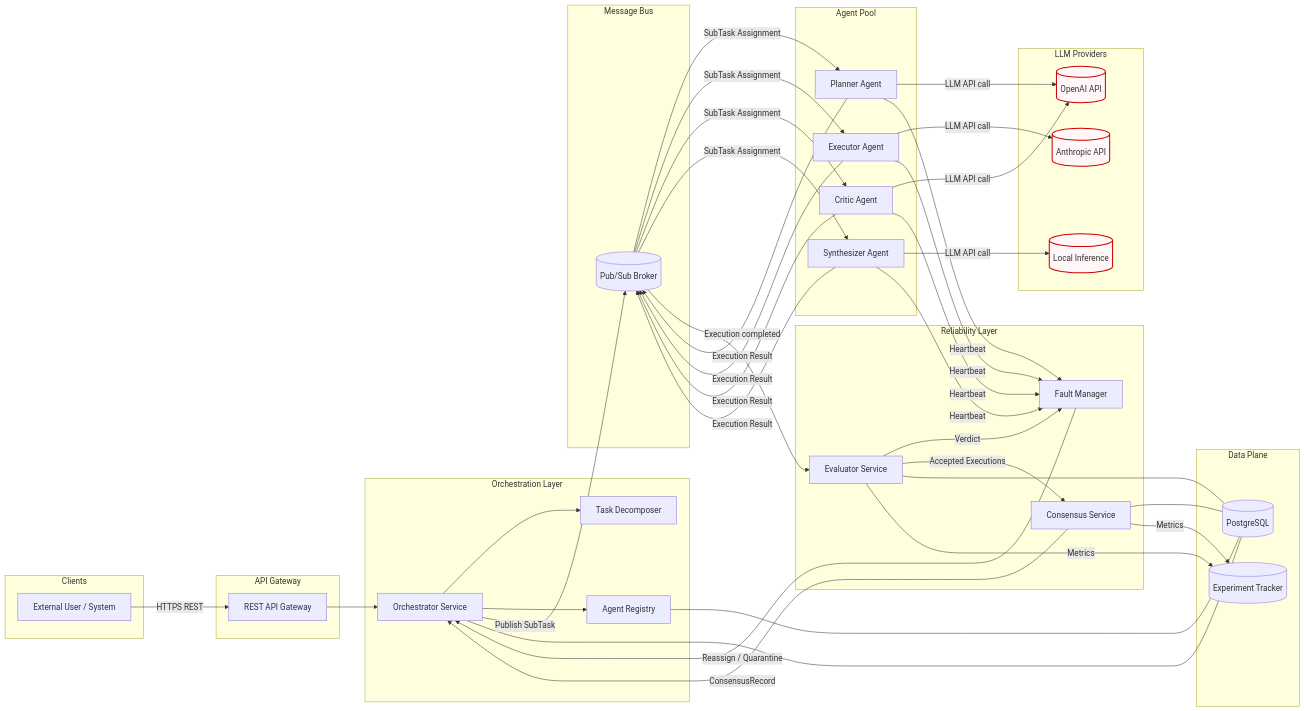
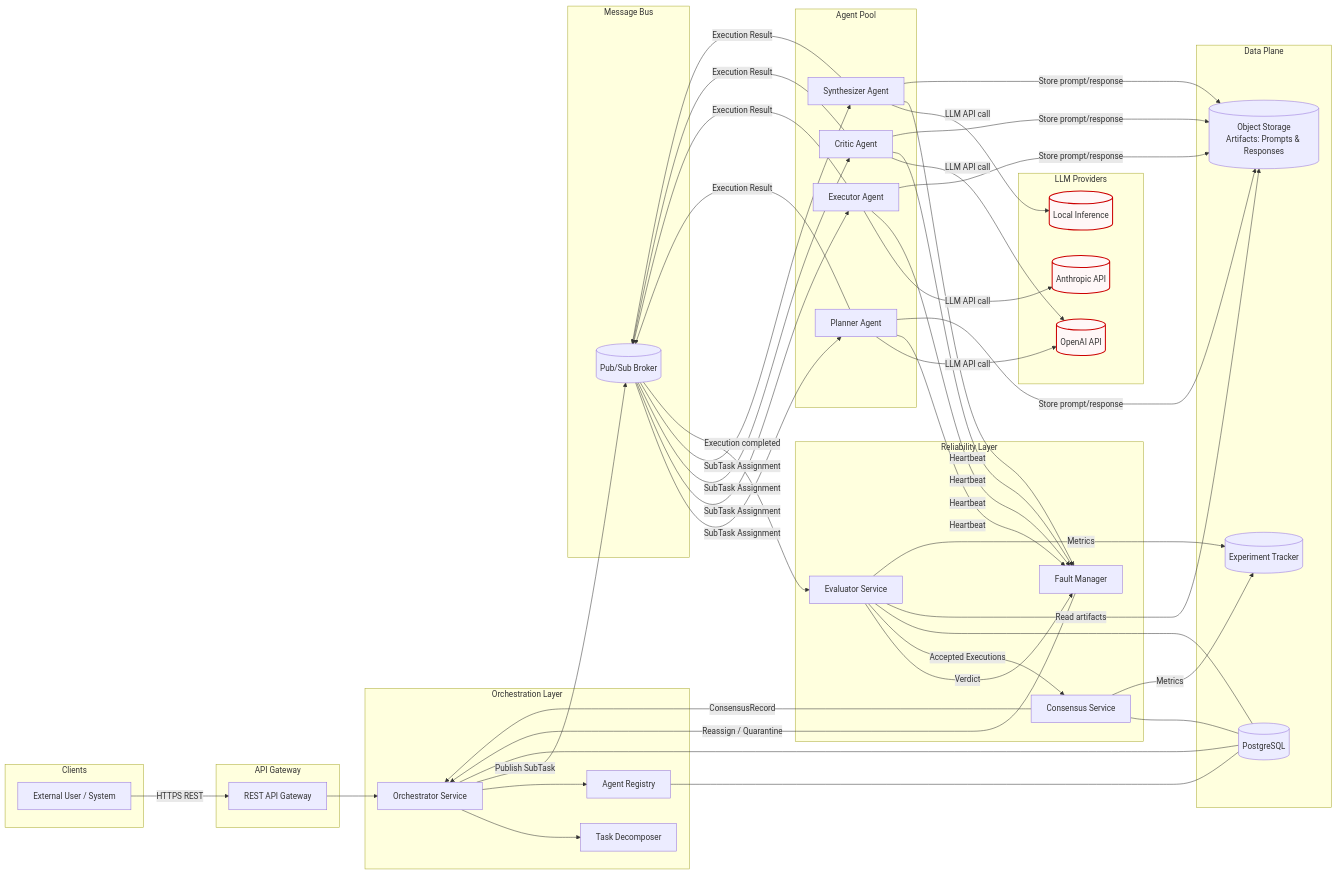
One commit to mick-nikolic/distributed-llm-agents changed the diagram in diagrams/system-architecture.mmd. Above: the diagram before and after it, drawn with Mermaid. The commit also changed 1 other file, not shown here.

Commit message:
Add object storage for artifacts - in system architecture

```diff
--- a/diagrams/system-architecture.mmd
+++ b/diagrams/system-architecture.mmd
@@ -1,109 +1,117 @@
 flowchart LR
 
     %% --- External Clients ---
     subgraph Clients
         U[External User / System]
     end
 
     %% --- API Gateway ---
     subgraph Gateway [API Gateway]
         APIGW[REST API Gateway]
     end
 
     %% --- Orchestration Layer ---
     subgraph Orchestration [Orchestration Layer]
         ORCH[Orchestrator Service]
         DECOMP[Task Decomposer]
         REG[Agent Registry]
     end
 
     %% --- Agent Pool ---
     subgraph AgentPool [Agent Pool]
         PLAN[Planner Agent]
         EXEC[Executor Agent]
         CRIT[Critic Agent]
         SYNTH[Synthesizer Agent]
     end
 
     %% --- Messaging ---
     subgraph Messaging [Message Bus]
         BUS[(Pub/Sub Broker)]
     end
 
     %% --- Reliability Layer ---
     subgraph Reliability [Reliability Layer]
         EVAL[Evaluator Service]
         CONS[Consensus Service]
         FAULT[Fault Manager]
     end
 
     %% --- Data Plane ---
     subgraph DataPlane [Data Plane]
         DB[(PostgreSQL)]
         TRACK[(Experiment Tracker)]
+        OBJ[(Object Storage\nArtifacts: Prompts & Responses)]
     end
 
     %% --- External LLM Providers ---
     subgraph LLMProviders [LLM Providers]
         OAI[(OpenAI API)]
         ANT[(Anthropic API)]
         LOC[(Local Inference)]
     end
 
     %% --- Client to Gateway ---
     U -->|HTTPS REST| APIGW
 
     %% --- Gateway to Orchestrator ---
     APIGW --> ORCH
 
     %% --- Orchestrator internal ---
     ORCH --> DECOMP
     ORCH --> REG
 
     %% --- Orchestrator to Message Bus ---
     ORCH -->|Publish SubTask| BUS
 
     %% --- Agents subscribe from Message Bus ---
     BUS -->|SubTask Assignment| PLAN
     BUS -->|SubTask Assignment| EXEC
     BUS -->|SubTask Assignment| CRIT
     BUS -->|SubTask Assignment| SYNTH
 
     %% --- Agents publish results ---
     PLAN -->|Execution Result| BUS
     EXEC -->|Execution Result| BUS
     CRIT -->|Execution Result| BUS
     SYNTH -->|Execution Result| BUS
 
     %% --- Agents to LLM Providers ---
     PLAN -->|LLM API call| OAI
     EXEC -->|LLM API call| ANT
     CRIT -->|LLM API call| OAI
     SYNTH -->|LLM API call| LOC
 
     %% --- Reliability connections ---
     BUS -->|Execution completed| EVAL
     EVAL -->|Verdict| FAULT
     EVAL -->|Accepted Executions| CONS
     CONS -->|ConsensusRecord| ORCH
     FAULT -->|Reassign / Quarantine| ORCH
 
     %% --- Heartbeat monitoring ---
     PLAN -->|Heartbeat| FAULT
     EXEC -->|Heartbeat| FAULT
     CRIT -->|Heartbeat| FAULT
     SYNTH -->|Heartbeat| FAULT
 
     %% --- Data persistence ---
     ORCH --- DB
     EVAL --- DB
     CONS --- DB
     REG  --- DB
 
+    %% --- Artifact storage (prompts & responses) ---
+    PLAN -->|Store prompt/response| OBJ
+    EXEC -->|Store prompt/response| OBJ
+    CRIT -->|Store prompt/response| OBJ
+    SYNTH -->|Store prompt/response| OBJ
+    EVAL -->|Read artifacts| OBJ
+
     %% --- Experiment tracking ---
     EVAL -->|Metrics| TRACK
     CONS -->|Metrics| TRACK
 
     %% --- Styling ---
     classDef external fill:#fff7f7,stroke:#cc0000,stroke-width:2px;
     class OAI,ANT,LOC external;
```
